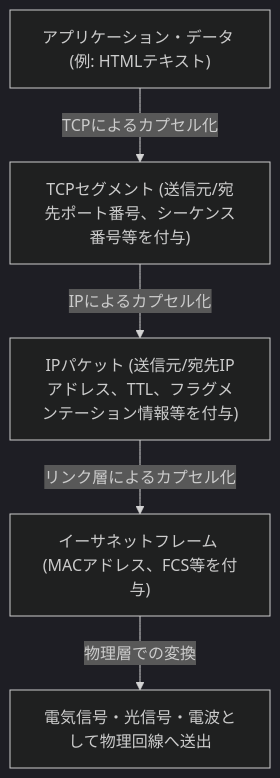
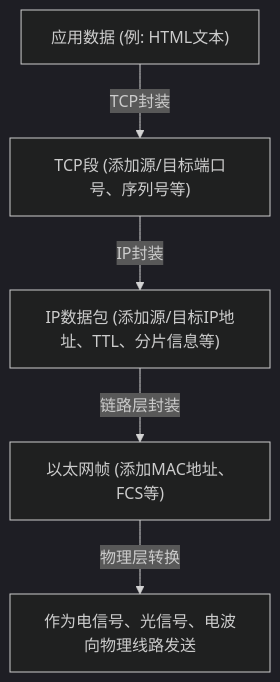
One commit to kenjinote/blog changed the third of 18 diagrams in content/post/how-the-internet-works-comprehensive-guide/index.zh-cn.md. Above: the diagram before and after it, drawn with Mermaid (dark theme). The commit also changed other lines of this file, not shown here.

````diff
--- a/content/post/how-the-internet-works-comprehensive-guide/index.zh-cn.md
+++ b/content/post/how-the-internet-works-comprehensive-guide/index.zh-cn.md
@@ -94,7 +94,7 @@
 ```mermaid
 graph TD
-    DATA["アプリケーション・データ (例: HTMLテキスト)"] -- "TCPによるカプセル化" --> TCP["TCPセグメント (送信元/宛先ポート番号、シーケンス番号等を付与)"]
-    TCP -- "IPによるカプセル化" --> IP["IPパケット (送信元/宛先IPアドレス、TTL、フラグメンテーション情報等を付与)"]
-    IP -- "リンク層によるカプセル化" --> ETHER["イーサネットフレーム (MACアドレス、FCS等を付与)"]
-    ETHER -- "物理層での変換" --> PHY["電気信号・光信号・電波として物理回線へ送出"]
+    DATA["应用数据 (例: HTML文本)"] -- "TCP封装" --> TCP["TCP段 (添加源/目标端口号、序列号等)"]
+    TCP -- "IP封装" --> IP["IP数据包 (添加源/目标IP地址、TTL、分片信息等)"]
+    IP -- "链路层封装" --> ETHER["以太网帧 (添加MAC地址、FCS等)"]
+    ETHER -- "物理层转换" --> PHY["作为电信号、光信号、电波向物理线路发送"]
 ```
````
